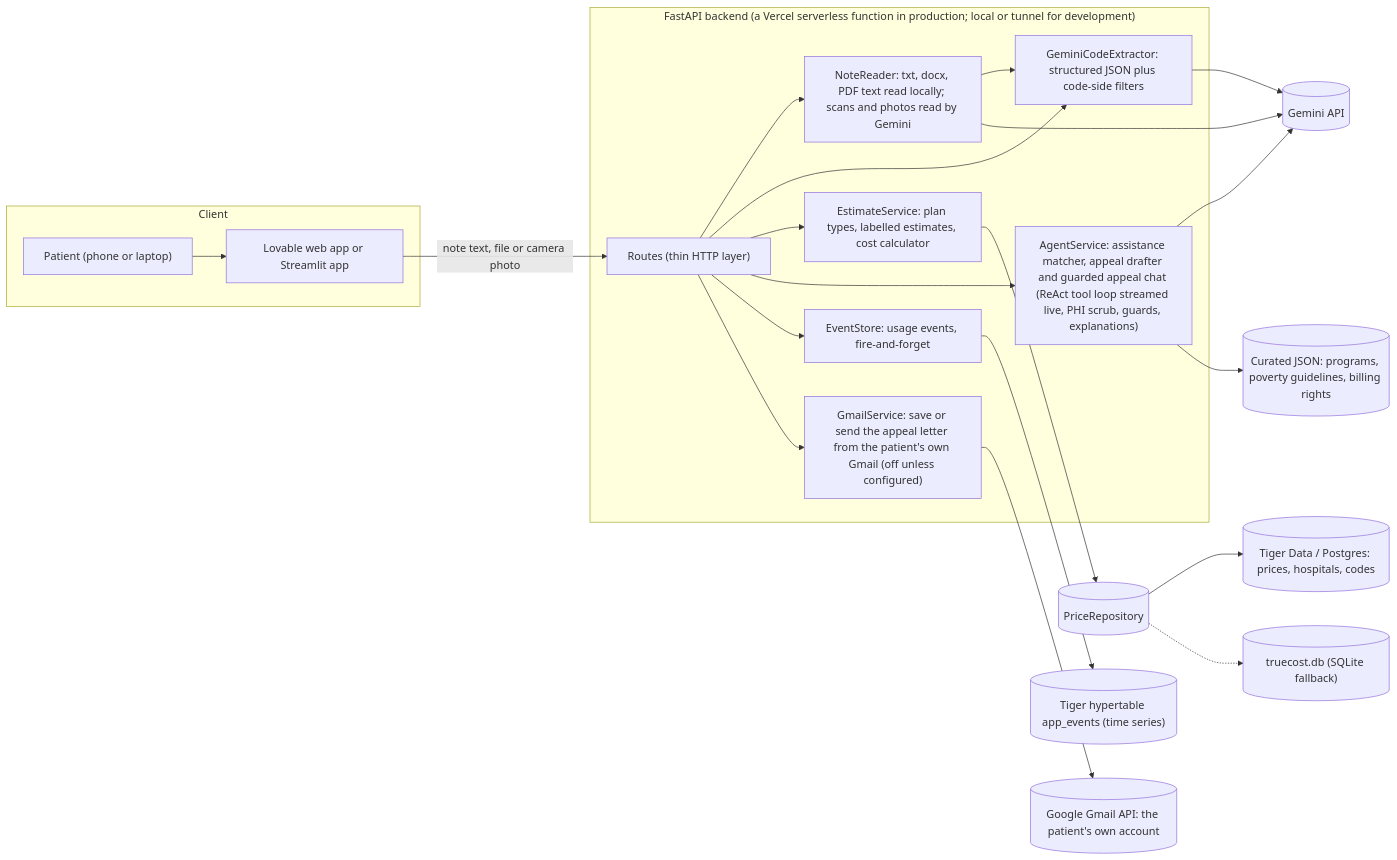
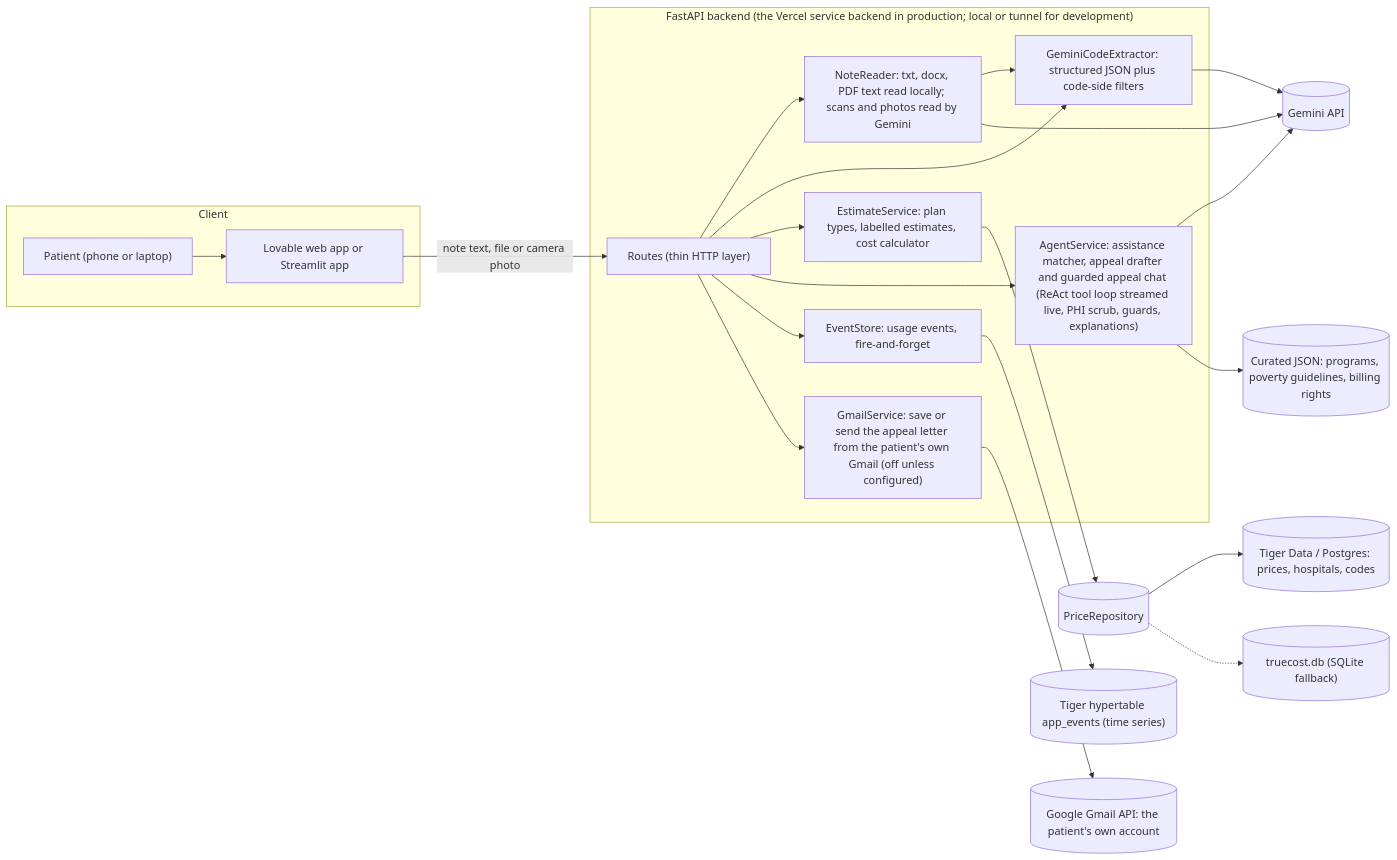
One commit to ChapelFob80930/truecost-cost-navigator changed the first of 3 diagrams in README.md. Above: the diagram before and after it, drawn with Mermaid. The commit also changed other lines of this file and 15 other files, not shown here.

````diff
--- a/README.md
+++ b/README.md
@@ -12,35 +12,35 @@
 ```mermaid
 flowchart LR
   subgraph Client["Client"]
     P["Patient (phone or laptop)"] --> UI["Lovable web app or Streamlit app"]
   end
   UI -->|"note text, file or camera photo"| API
 
-  subgraph Backend["FastAPI backend (a Vercel serverless function in production; local or tunnel for development)"]
+  subgraph Backend["FastAPI backend (the Vercel service backend in production; local or tunnel for development)"]
     API["Routes (thin HTTP layer)"]
     READER["NoteReader: txt, docx, PDF text read locally; scans and photos read by Gemini"]
     EXTRACT["GeminiCodeExtractor: structured JSON plus code-side filters"]
     EST["EstimateService: plan types, labelled estimates, cost calculator"]
     AG["AgentService: assistance matcher, appeal drafter and guarded appeal chat (ReAct tool loop streamed live, PHI scrub, guards, explanations)"]
     EVT["EventStore: usage events, fire-and-forget"]
     MAIL["GmailService: save or send the appeal letter from the patient's own Gmail (off unless configured)"]
   end
 
   API --> READER
   READER --> EXTRACT
   API --> EXTRACT
   API --> EST
   API --> AG
   API --> EVT
   API --> MAIL
   MAIL --> GMAIL[("Google Gmail API: the patient's own account")]
 
   EXTRACT --> GEM[("Gemini API")]
   READER --> GEM
   AG --> GEM
   AG --> DATA[("Curated JSON: programs, poverty guidelines, billing rights")]
   EST --> REPO[("PriceRepository")]
   REPO --> TIGER[("Tiger Data / Postgres: prices, hospitals, codes")]
   REPO -.-> SQLITE[("truecost.db (SQLite fallback)")]
   EVT --> HYPER[("Tiger hypertable app_events (time series)")]
 ```
````
